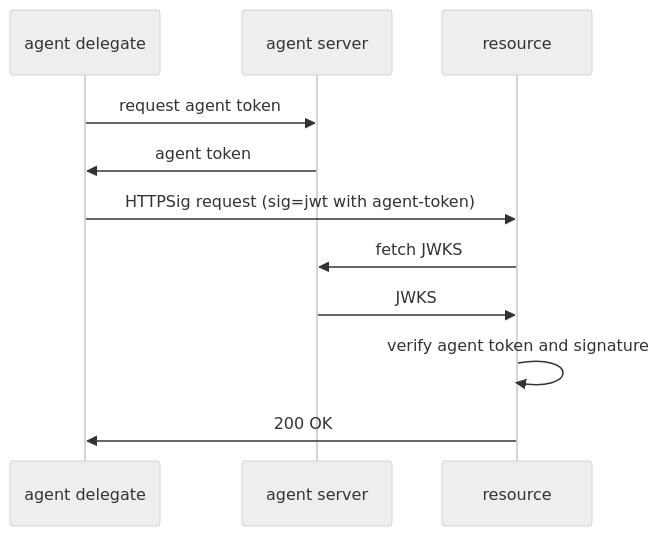
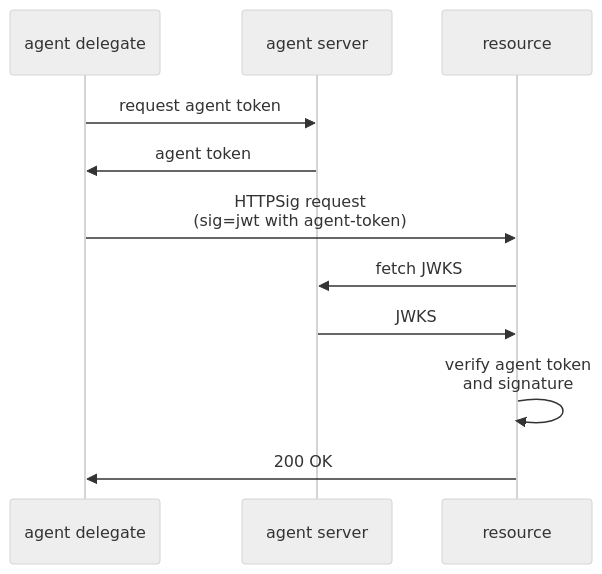
One commit to dickhardt/agent-auth changed the third of 9 diagrams in README.md. Above: the diagram before and after it, drawn with Mermaid (neutral theme). The commit also changed other lines of this file, not shown here.

First line of the commit message:
Add line breaks to all mermaid diagrams for better readability

````diff
--- a/README.md
+++ b/README.md
@@ -206,15 +206,15 @@
 ```mermaid
 sequenceDiagram
     participant Delegate as agent delegate
     participant Server as agent server
     participant Resource as resource
 
     Delegate->>Server: request agent token
     Server->>Delegate: agent token
 
-    Delegate->>Resource: HTTPSig request (sig=jwt with agent-token)
+    Delegate->>Resource: HTTPSig request<br/>(sig=jwt with agent-token)
     Resource->>Server: fetch JWKS
     Server->>Resource: JWKS
-    Resource->>Resource: verify agent token and signature
+    Resource->>Resource: verify agent token<br/>and signature
     Resource->>Delegate: 200 OK
 ```
````
